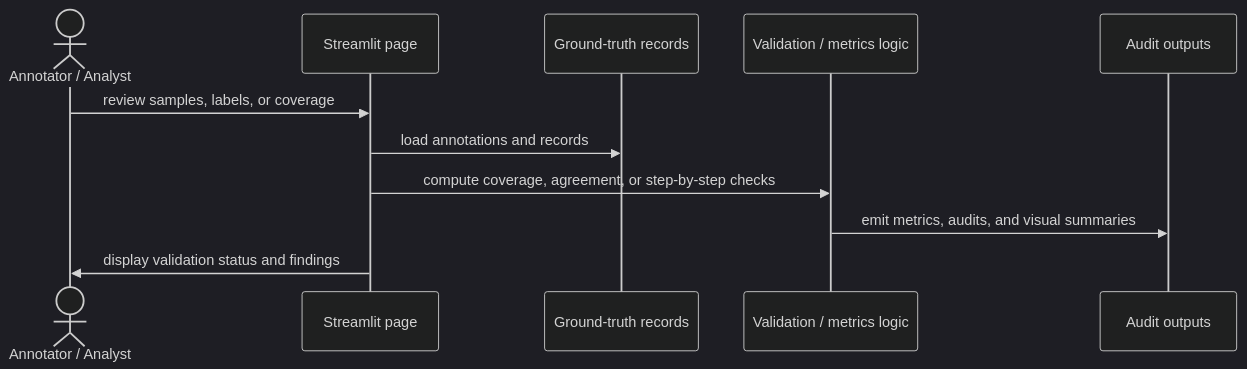
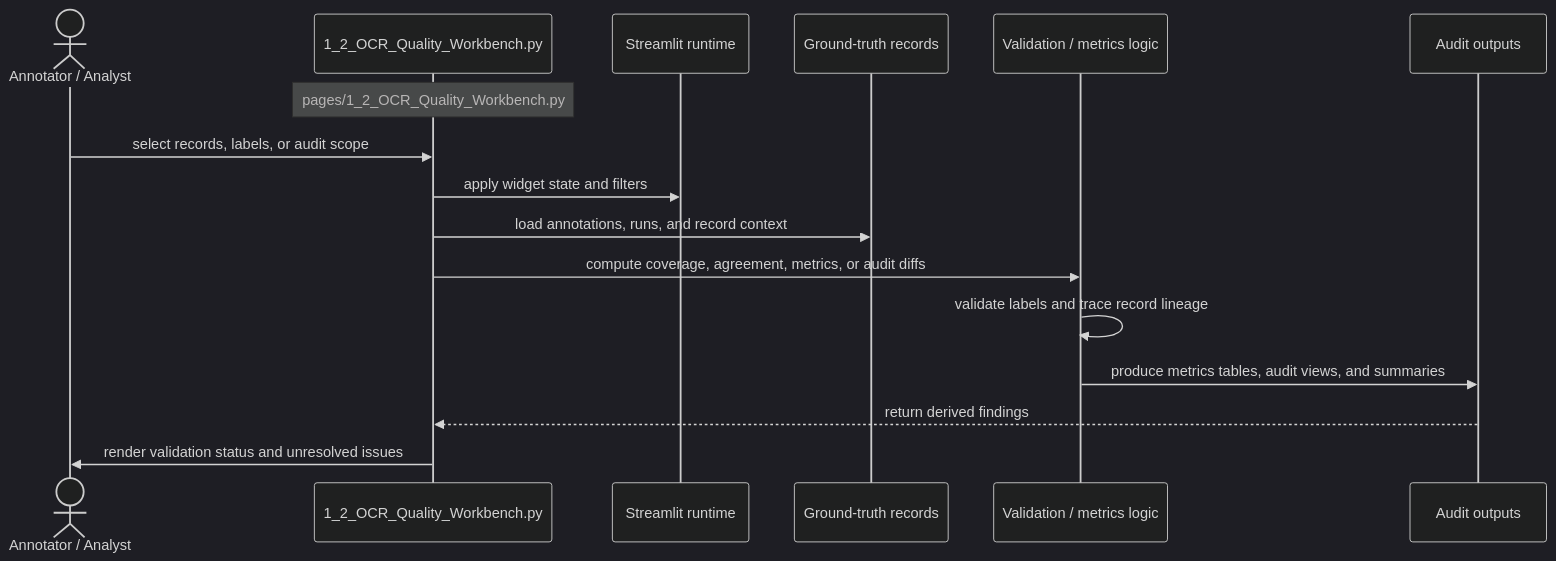
The diagram in new_page/documentation/streamlit_pages/mermaid_sequence_diagram/1_2_OCR_Quality_Workbench.md (darisdzakwanhoesien2/benchmarks), drawn with Mermaid (dark theme) before and after one commit. The commit also changed other lines of this file and 49 other files, not shown here.

Commit message:
Adding Documentation with Mermaid Sequence Diagram

````diff
--- a/new_page/documentation/streamlit_pages/mermaid_sequence_diagram/1_2_OCR_Quality_Workbench.md
+++ b/new_page/documentation/streamlit_pages/mermaid_sequence_diagram/1_2_OCR_Quality_Workbench.md
@@ -7,13 +15,18 @@
 ```mermaid
 sequenceDiagram
     actor User as Annotator / Analyst
-    participant page as Streamlit page
+    participant page as 1_2_OCR_Quality_Workbench.py
+    participant runtime as Streamlit runtime
     participant data as Ground-truth records
     participant compute as Validation / metrics logic
     participant output as Audit outputs
-    User->>page: review samples, labels, or coverage
-    page->>data: load annotations and records
-    page->>compute: compute coverage, agreement, or step-by-step checks
-    compute->>output: emit metrics, audits, and visual summaries
-    page->>User: display validation status and findings
+    Note over page: pages/1_2_OCR_Quality_Workbench.py
+    User->>page: select records, labels, or audit scope
+    page->>runtime: apply widget state and filters
+    page->>data: load annotations, runs, and record context
+    page->>compute: compute coverage, agreement, metrics, or audit diffs
+    compute->>compute: validate labels and trace record lineage
+    compute->>output: produce metrics tables, audit views, and summaries
+    output-->>page: return derived findings
+    page->>User: render validation status and unresolved issues
 ```
````
